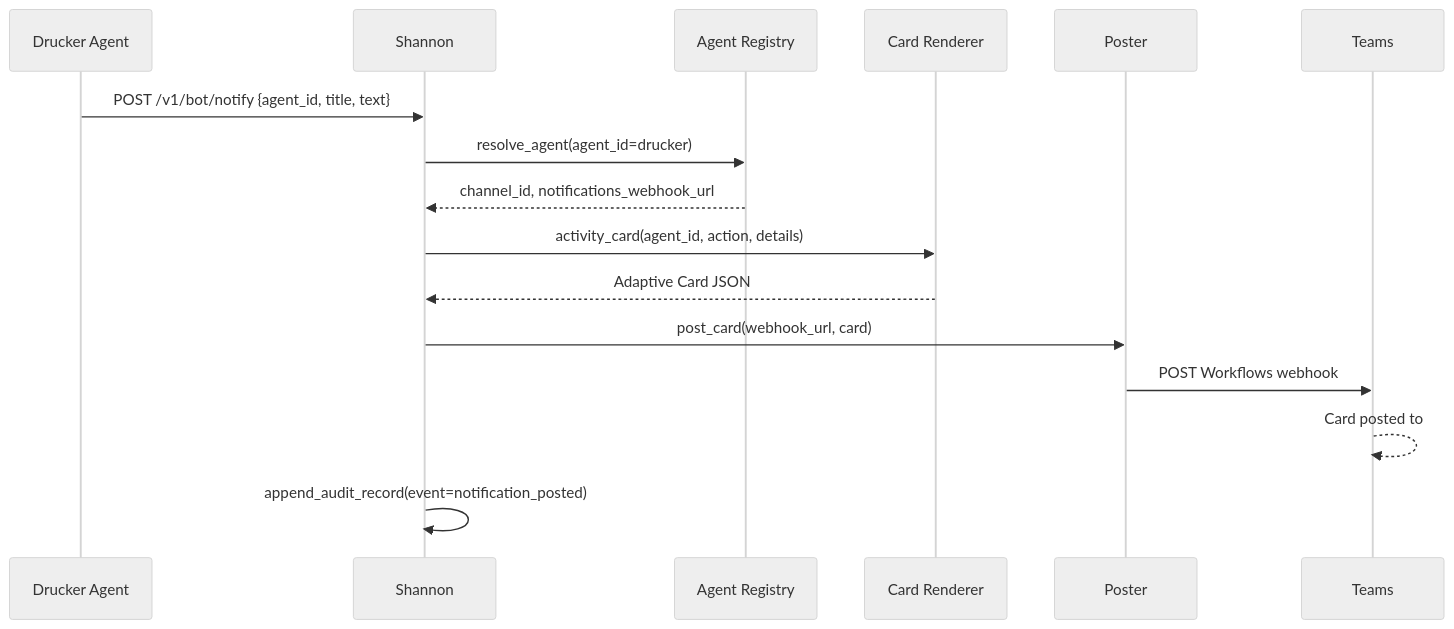
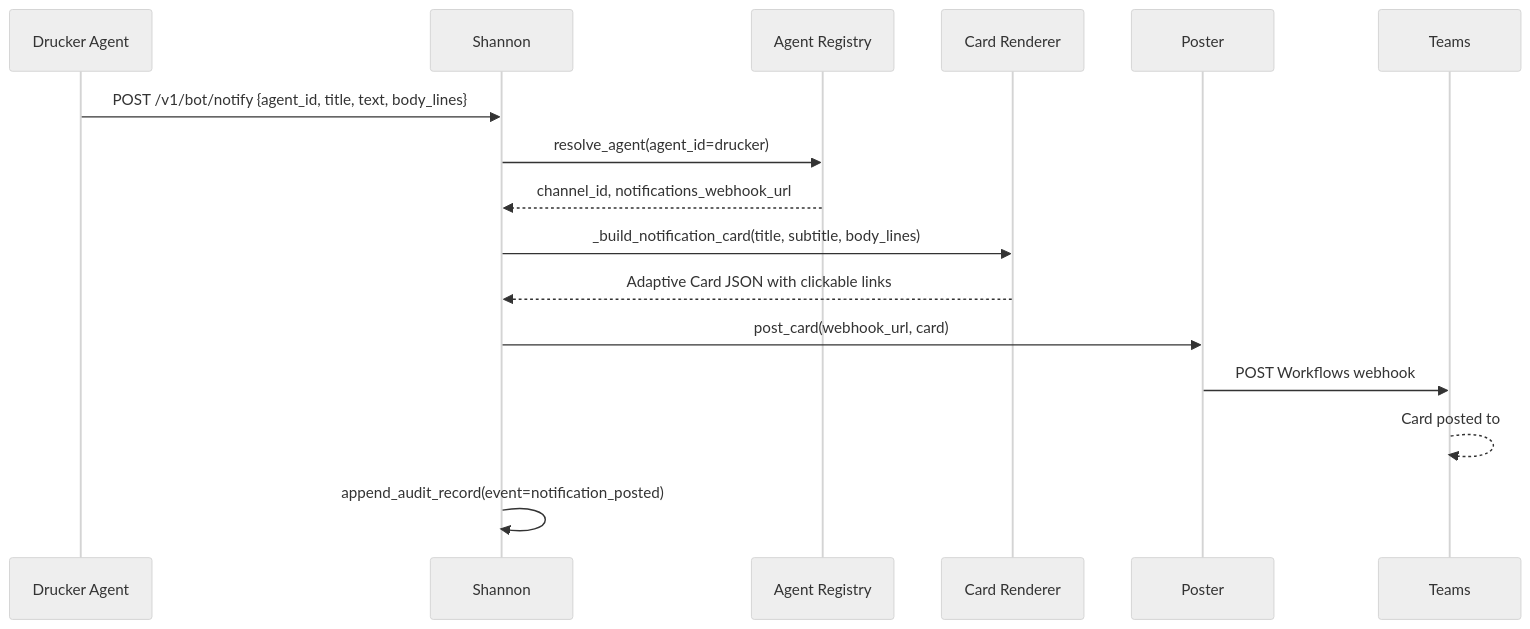
One commit to jmac-cornelis/agent-workforce changed the third of 4 diagrams in agents/shannon/docs/as-built.md. Above: the diagram before and after it, drawn with Mermaid (neutral theme). The commit also changed other lines of this file and 4 other files, not shown here.

````diff
--- a/agents/shannon/docs/as-built.md
+++ b/agents/shannon/docs/as-built.md
@@ -105,19 +105,19 @@
 ```mermaid
 sequenceDiagram
     participant DR as Drucker Agent
     participant SH as Shannon
     participant REG as Agent Registry
     participant CARD as Card Renderer
     participant POST as Poster
     participant T as Teams
 
-    DR->>SH: POST /v1/bot/notify {agent_id, title, text}
+    DR->>SH: POST /v1/bot/notify {agent_id, title, text, body_lines}
     SH->>REG: resolve_agent(agent_id=drucker)
     REG-->>SH: channel_id, notifications_webhook_url
-    SH->>CARD: activity_card(agent_id, action, details)
-    CARD-->>SH: Adaptive Card JSON
+    SH->>CARD: _build_notification_card(title, subtitle, body_lines)
+    CARD-->>SH: Adaptive Card JSON with clickable links
     SH->>POST: post_card(webhook_url, card)
     POST->>T: POST Workflows webhook
     T-->>T: Card posted to #agent-drucker
     SH->>SH: append_audit_record(event=notification_posted)
 ```
````
